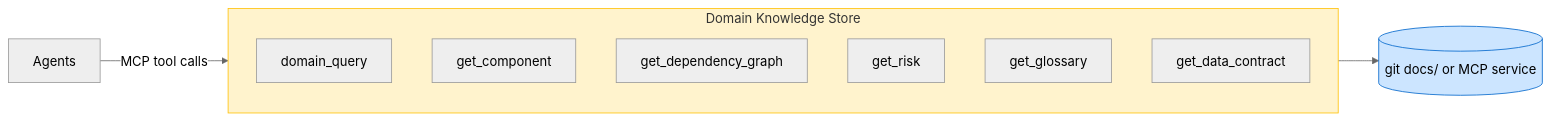
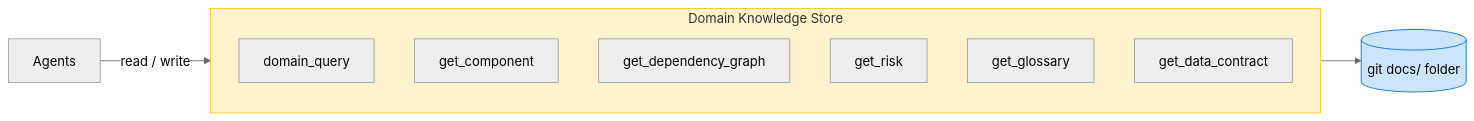
One commit to planifest/planifest-framework changed the second of 5 diagrams in planifest-docs/p001-planifest-master-plan.md. Above: the diagram before and after it, drawn with Mermaid (neutral theme). The commit also changed other lines of this file and 56 other files, not shown here.

````diff
--- a/planifest-docs/p001-planifest-master-plan.md
+++ b/planifest-docs/p001-planifest-master-plan.md
@@ -117,17 +98,17 @@
 ```mermaid
 flowchart LR
     subgraph DKS["Domain Knowledge Store"]
         Q["domain_query"]
         GC["get_component"]
         GDG["get_dependency_graph"]
         GR["get_risk"]
         GG["get_glossary"]
         GDC["get_data_contract"]
     end
 
-    AG["Agents"] -->|MCP tool calls| DKS
-    DKS --> STORE[(git docs/ or MCP service)]
+    AG["Agents"] -->|read / write| DKS
+    DKS --> STORE[(git docs/ folder)]
 
     style DKS fill:#fff3cd,stroke:#ffc107
     style STORE fill:#cce5ff,stroke:#0066cc
 ```
````
